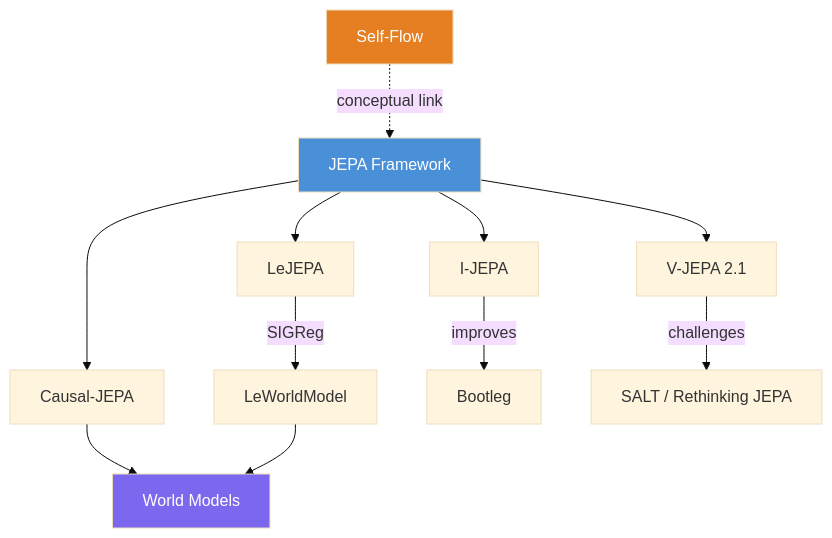
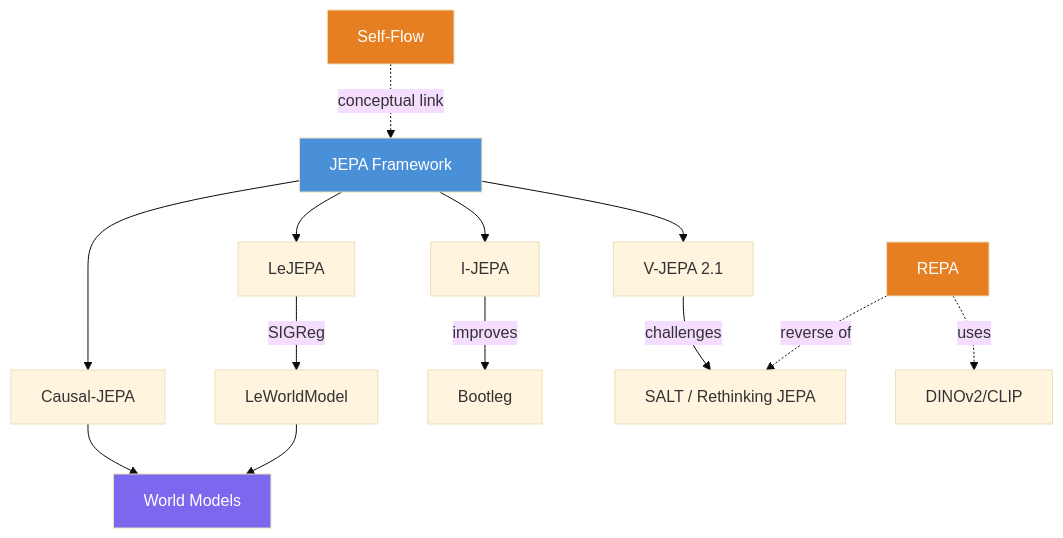
Before and after one commit to sumeirsoni/llm-wiki-research: the diagram in wiki/overview.md, drawn with Mermaid (base theme). The commit also changed other lines of this file and 13 other files, not shown here.

````diff
--- a/wiki/overview.md
+++ b/wiki/overview.md
@@ -57,20 +63,23 @@
 ```mermaid
 graph TD
     JEPA[JEPA Framework] --> VJEPA[V-JEPA 2.1]
     JEPA --> IJEPA[I-JEPA]
     JEPA --> LeJEPA[LeJEPA]
     JEPA --> CJEPA[Causal-JEPA]
     
     LeJEPA -->|SIGReg| LeWM[LeWorldModel]
     IJEPA -->|improves| Bootleg[Bootleg]
     VJEPA -->|challenges| SALT[SALT / Rethinking JEPA]
     
     CJEPA --> WM[World Models]
     LeWM --> WM
     
     SelfFlow[Self-Flow] -.->|conceptual link| JEPA
+    REPA[REPA] -.->|uses| DINOv2[DINOv2/CLIP]
+    REPA -.->|reverse of| SALT
     
     style JEPA fill:#4a90d9,color:#fff
     style WM fill:#7b68ee,color:#fff
     style SelfFlow fill:#e67e22,color:#fff
+    style REPA fill:#e67e22,color:#fff
 ```
````
